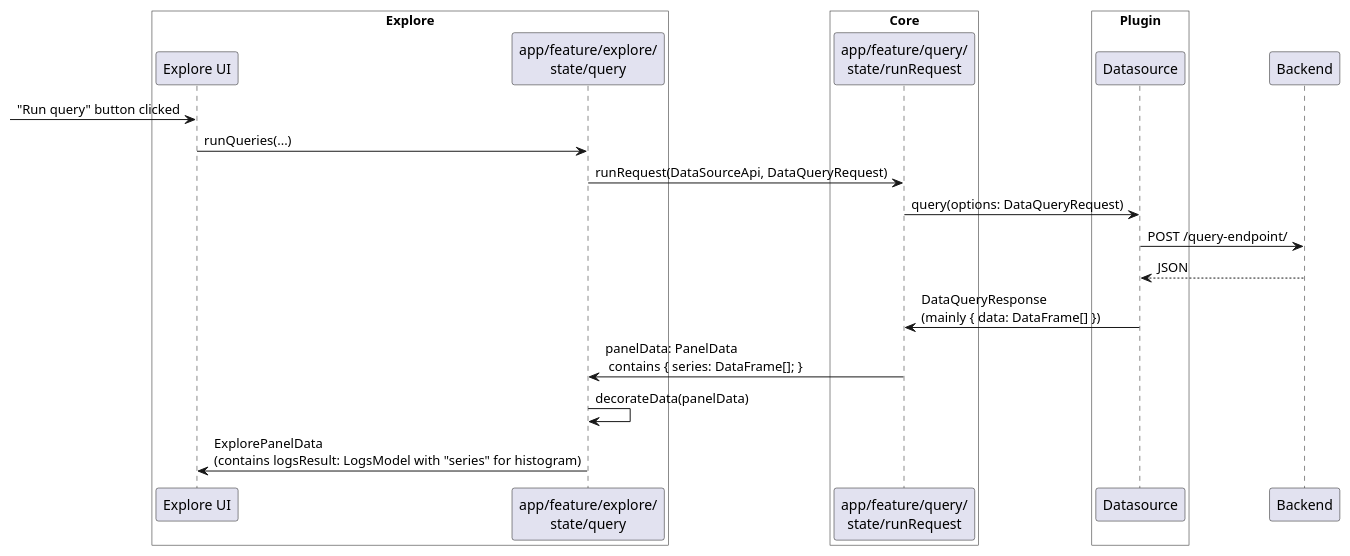
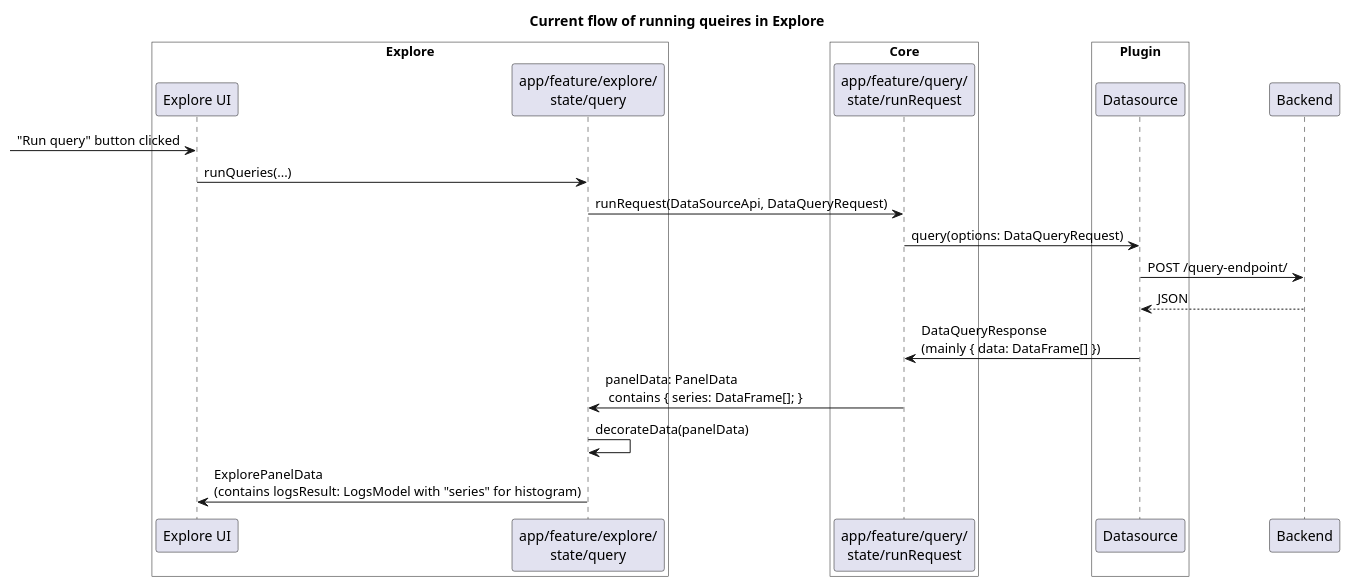
The diagram in public/app/plugins/datasource/loki/docs/full-range-histogram/overview.puml (De30/grafana), drawn with PlantUML before and after one commit. The commit also changed 3 other files, not shown here.

Commit message:
Diagrams v2

```diff
--- a/public/app/plugins/datasource/loki/docs/full-range-histogram/overview.puml
+++ b/public/app/plugins/datasource/loki/docs/full-range-histogram/overview.puml
@@ -1,29 +1,31 @@
 @startuml
+
+title Current flow of running queires in Explore
 
 box "Explore" #white
 participant "Explore UI" as UI
 participant "app/feature/explore/\nstate/query" as S
 endbox
 
 box "Core" #white
 participant "app/feature/query/\nstate/runRequest" as S2
 endbox
 
 box "Plugin" #white
 participant Datasource as DS
 endbox
 
 participant Backend as B
 
 -> UI : "Run query" button clicked
 UI -> S : runQueries(...)
 S -> S2 : runRequest(DataSourceApi, DataQueryRequest)
 S2 -> DS : query(options: DataQueryRequest)
 DS -> B : POST /query-endpoint/
 DS <-- B : JSON
 S2 <- DS : DataQueryResponse\n(mainly { data: DataFrame[] })
 S <- S2 : panelData: PanelData\n contains { series: DataFrame[]; }
 S -> S : decorateData(panelData)
 UI <- S : ExplorePanelData\n(contains logsResult: LogsModel with "series" for histogram)
 
 @enduml
```
